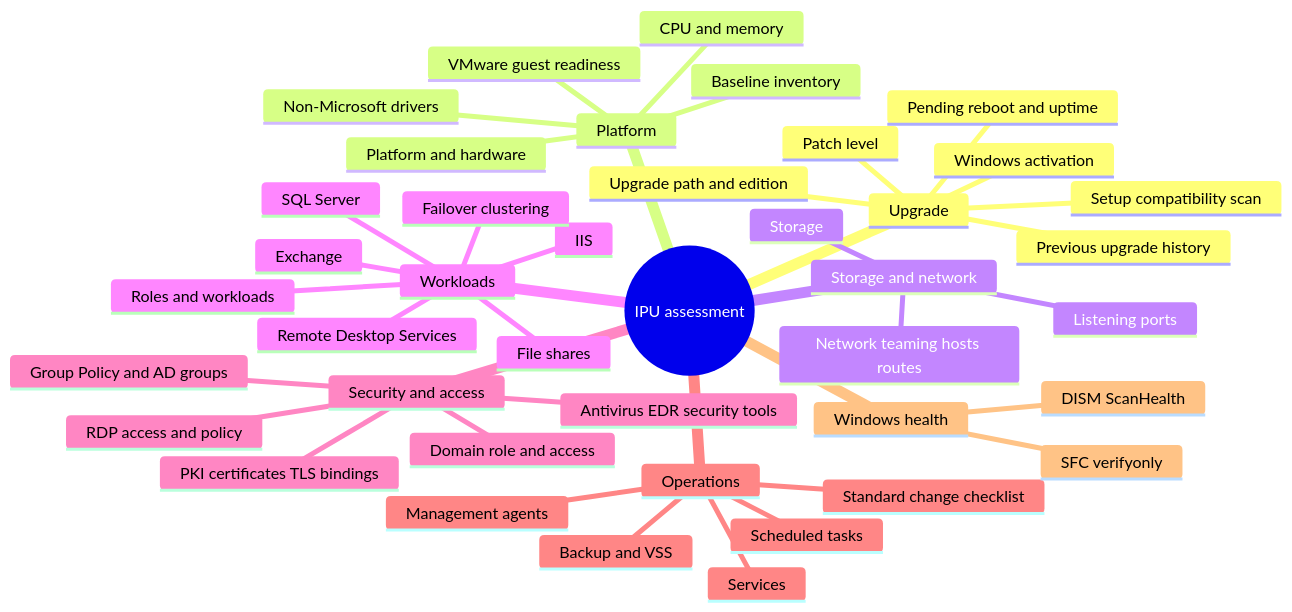
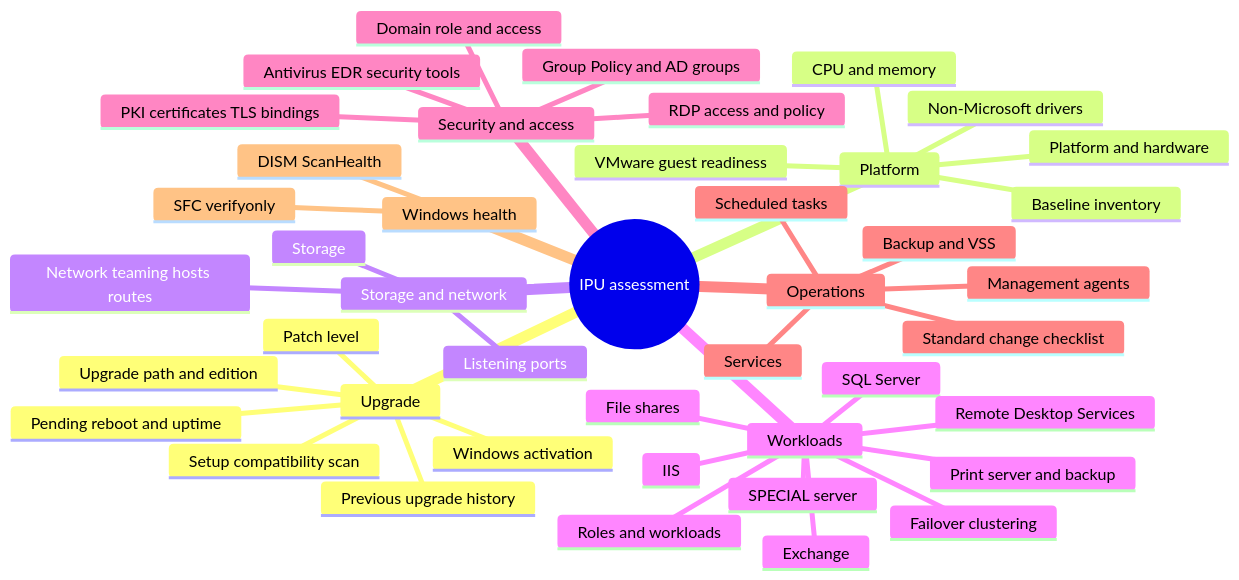
The fifth of 7 diagrams in docs/user-guide.md (JeanKadang/IPU-ReadinessAssessment), drawn with Mermaid before and after one commit. The commit also changed other lines of this file and 13 other files, not shown here.

First line of the commit message:
feat: print server inventory and PrintBrm backup

````diff
--- a/docs/user-guide.md
+++ b/docs/user-guide.md
@@ -423,44 +425,46 @@
 ```mermaid
 mindmap
   root((IPU assessment))
     Upgrade
       Upgrade path and edition
       Windows activation
       Pending reboot and uptime
       Patch level
       Previous upgrade history
       Setup compatibility scan
     Platform
       Baseline inventory
       Platform and hardware
       CPU and memory
       VMware guest readiness
       Non-Microsoft drivers
     Storage and network
       Storage
       Network teaming hosts routes
       Listening ports
     Workloads
       Exchange
       SQL Server
       Roles and workloads
       IIS
       Remote Desktop Services
       Failover clustering
       File shares
+      Print server and backup
+      SPECIAL server
     Security and access
       Domain role and access
       Group Policy and AD groups
       RDP access and policy
       PKI certificates TLS bindings
       Antivirus EDR security tools
     Operations
       Management agents
       Backup and VSS
       Services
       Scheduled tasks
       Standard change checklist
     Windows health
       DISM ScanHealth
       SFC verifyonly
 ```
````
